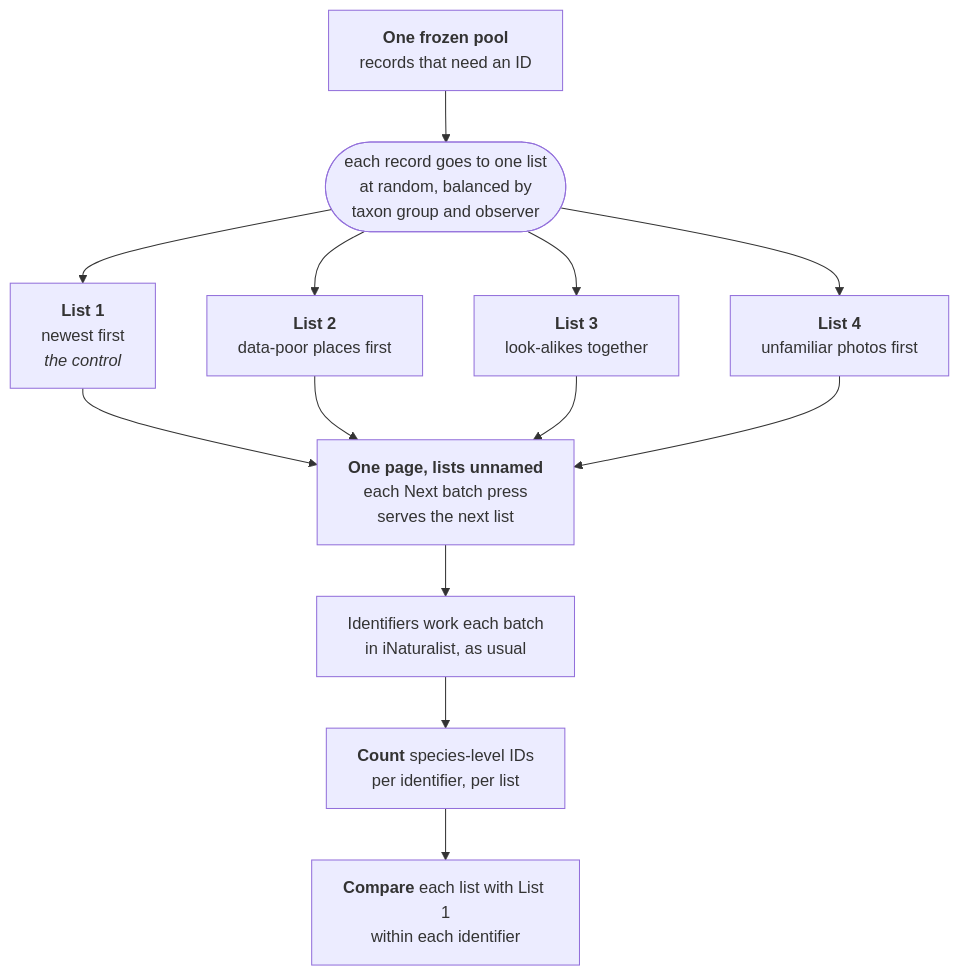
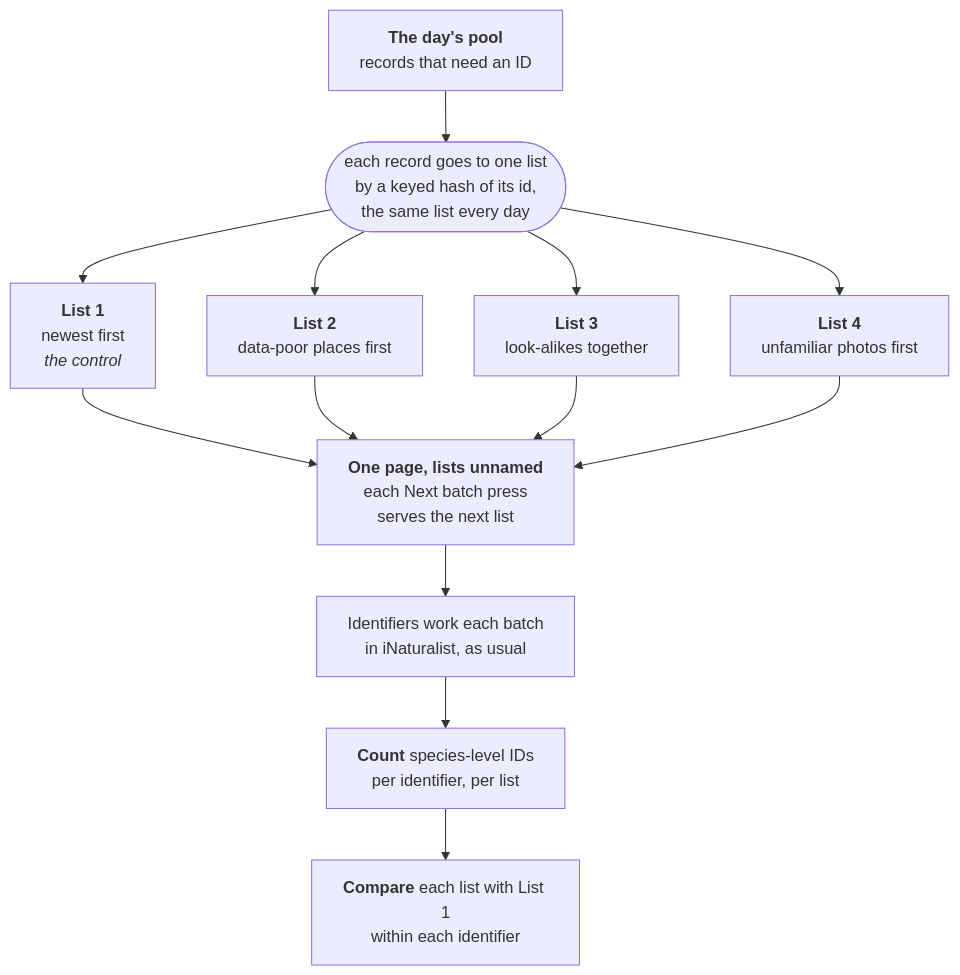
The diagram in README.md (PollockLab/what-to-id), drawn with Mermaid before and after one commit. The commit also changed other lines of this file, not shown here.

Commit message:
docs(readme): document the daily build, keyed lists, served log and the daily workflow

````diff
--- a/README.md
+++ b/README.md
@@ -21,16 +21,16 @@
 ```mermaid
 flowchart TB
-  pool["<b>One frozen pool</b><br/>records that need an ID"]
+  pool["<b>The day's pool</b><br/>records that need an ID"]
   split(["`each record goes to one list 
-  at random, balanced by 
-  taxon group and observer`"])
+  by a keyed hash of its id, 
+  the same list every day`"])
   pool --> split
   split --> L1["<b>List 1</b><br/>newest first<br/><i>the control</i>"]
   split --> L2["<b>List 2</b><br/>data-poor places first"]
   split --> L3["<b>List 3</b><br/>look-alikes together"]
   split --> L4["<b>List 4</b><br/>unfamiliar photos first"]
   L1 & L2 & L3 & L4 --> page["<b>One page, lists unnamed</b><br/>each Next batch press<br/>serves the next list"]
   page --> work["Identifiers work each batch<br/>in iNaturalist, as usual"]
   work --> count["<b>Count</b> species-level IDs<br/>per identifier, per list"]
   count --> cmp["<b>Compare</b> each list with List 1<br/>within each identifier"]
 ```
````
